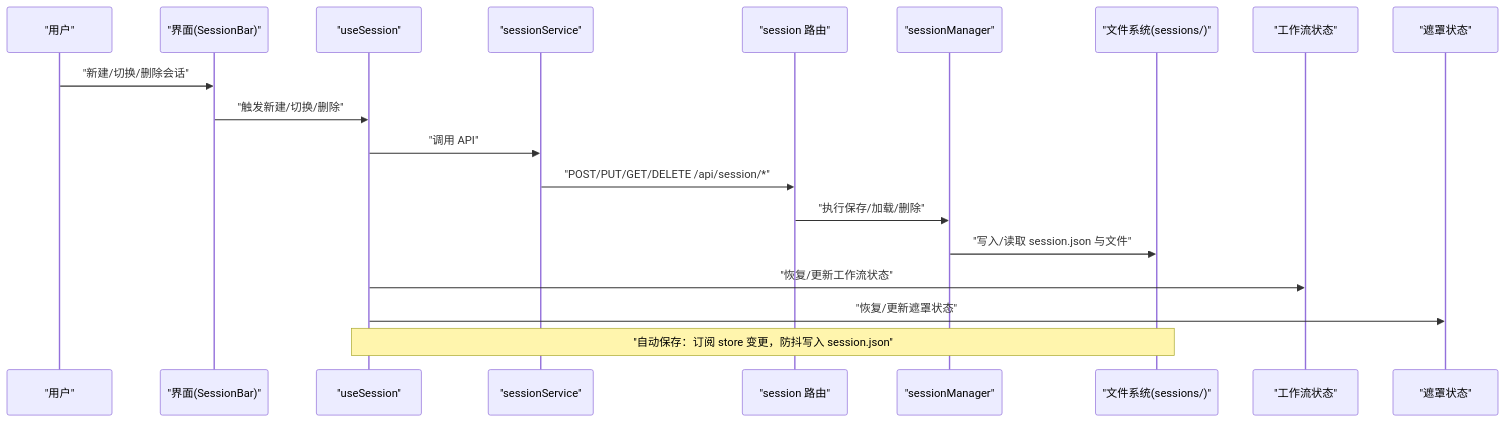
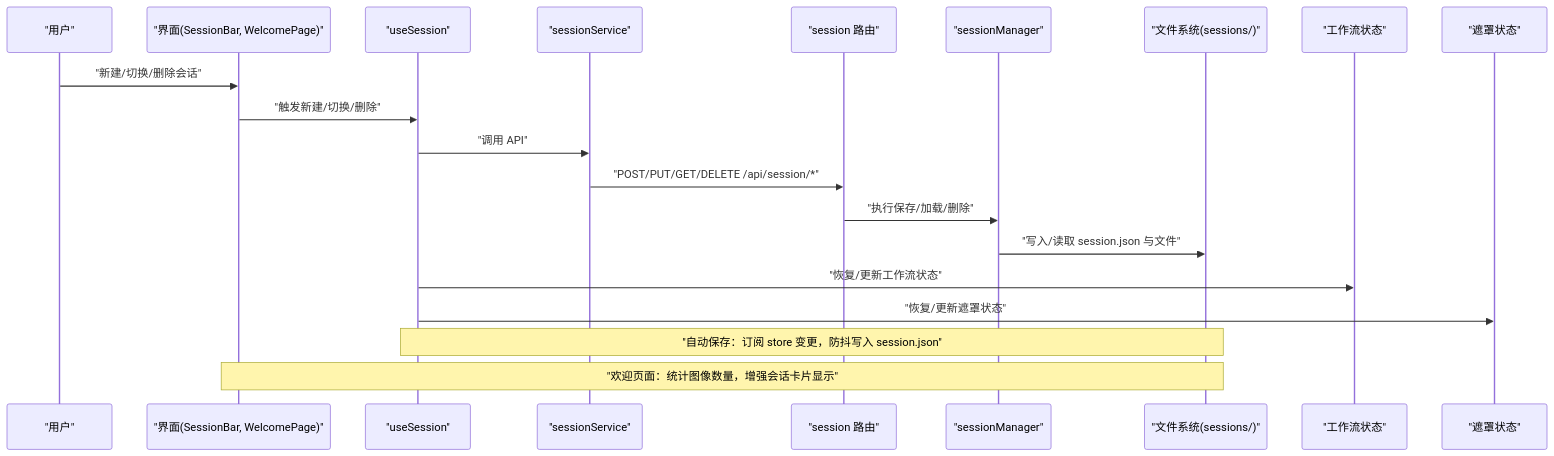
One commit to billye220670/CorineKit_Pix2Real changed the second of 9 diagrams in .qoder/repowiki/zh/content/会话管理/会话管理.md. Above: the diagram before and after it, drawn with Mermaid. The commit also changed other lines of this file and 33 other files, not shown here.

````diff
--- a/.qoder/repowiki/zh/content/会话管理/会话管理.md
+++ b/.qoder/repowiki/zh/content/会话管理/会话管理.md
@@ -104,21 +122,22 @@
 ```mermaid
 sequenceDiagram
 participant U as "用户"
-participant UI as "界面(SessionBar)"
+participant UI as "界面(SessionBar, WelcomePage)"
 participant Hook as "useSession"
 participant Svc as "sessionService"
 participant R as "session 路由"
 participant M as "sessionManager"
 participant FS as "文件系统(sessions/)"
 participant WF as "工作流状态"
 participant MSK as "遮罩状态"
 U->>UI : "新建/切换/删除会话"
 UI->>Hook : "触发新建/切换/删除"
 Hook->>Svc : "调用 API"
 Svc->>R : "POST/PUT/GET/DELETE /api/session/*"
 R->>M : "执行保存/加载/删除"
 M->>FS : "写入/读取 session.json 与文件"
 Hook->>WF : "恢复/更新工作流状态"
 Hook->>MSK : "恢复/更新遮罩状态"
 Note over Hook,FS : "自动保存：订阅 store 变更，防抖写入 session.json"
+Note over UI,FS : "欢迎页面：统计图像数量，增强会话卡片显示"
 ```
````
